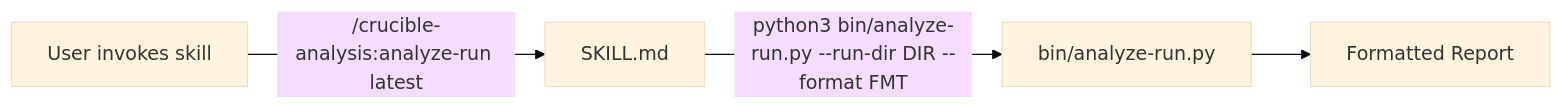
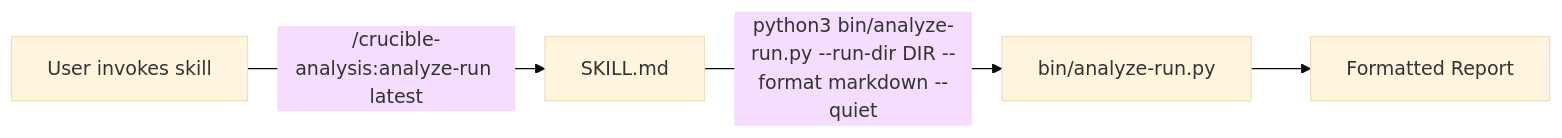
The first of 4 diagrams in docs/architecture.md (pradiptapks/crucible-run-analysis), drawn with Mermaid (base theme) before and after one commit. The commit also changed other lines of this file and 2 other files, not shown here.

````diff
--- a/docs/architecture.md
+++ b/docs/architecture.md
@@ -18,11 +21,11 @@
 ```mermaid
 flowchart LR
     User["User invokes skill"]
     SKILL["SKILL.md"]
     Engine["bin/analyze-run.py"]
     Output["Formatted Report"]
 
     User -->|"/crucible-analysis:analyze-run latest"| SKILL
-    SKILL -->|"python3 bin/analyze-run.py --run-dir DIR --format FMT"| Engine
+    SKILL -->|"python3 bin/analyze-run.py --run-dir DIR --format markdown --quiet"| Engine
     Engine --> Output
 ```
````
